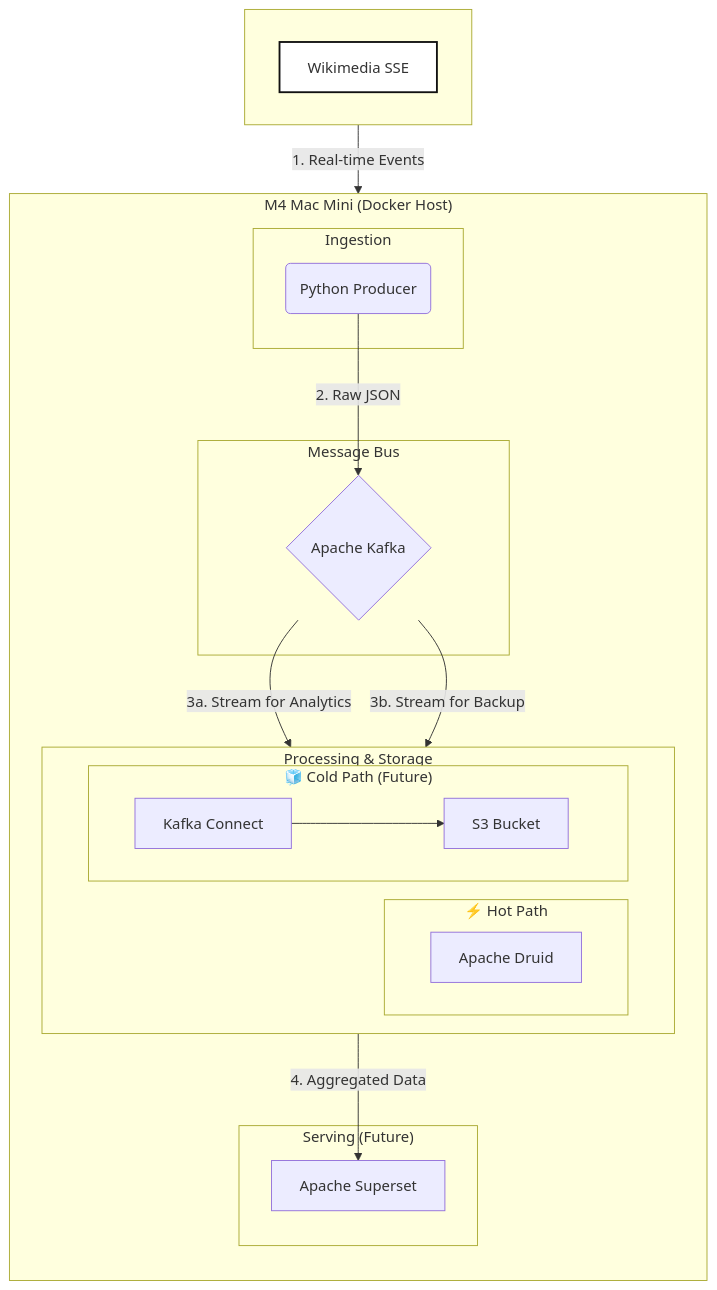
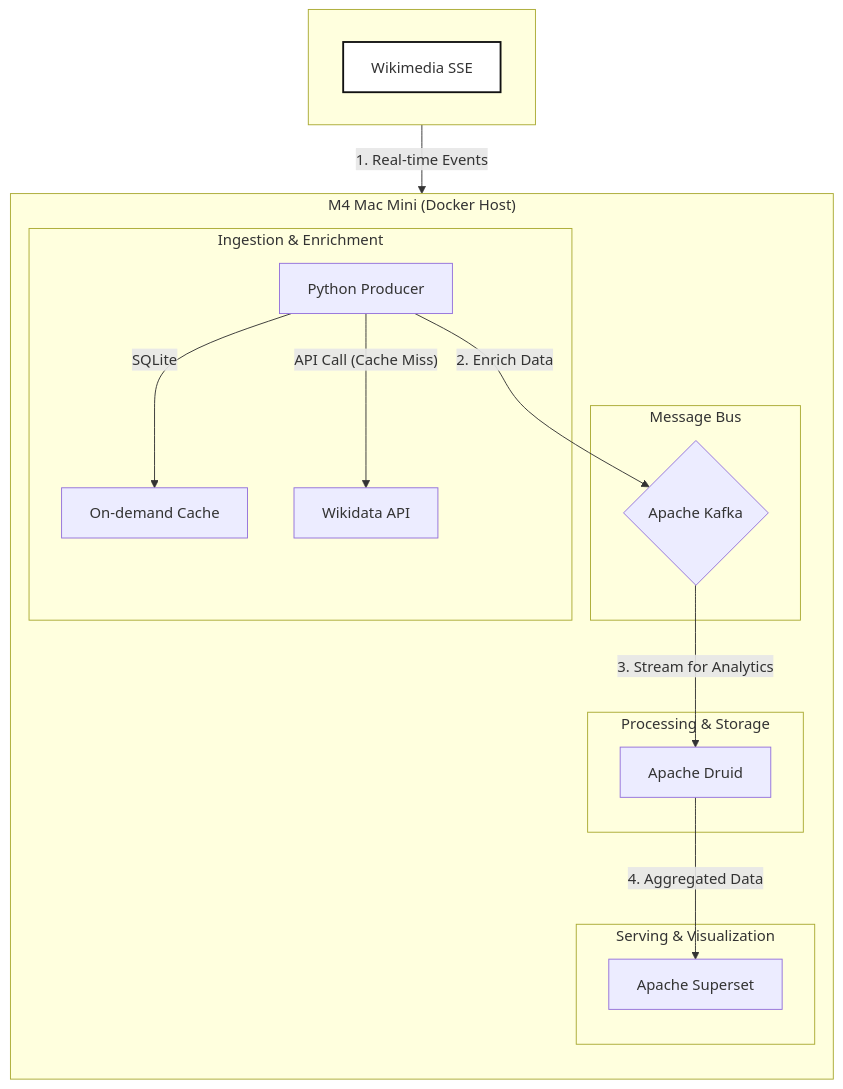
One commit to binnini/wikiStreams changed the diagram in README.md. Above: the diagram before and after it, drawn with Mermaid. The commit also changed other lines of this file, not shown here.

````diff
--- a/README.md
+++ b/README.md
@@ -11,45 +13,37 @@
 ```mermaid
 graph TD
     subgraph " "
         direction LR
         A[<fa:fa-globe> Wikimedia SSE]
     end
 
     subgraph "M4 Mac Mini (Docker Host)"
         direction TB
         
-        subgraph "Ingestion"
-            B(<fa:fa-brands fa-python> Python Producer)
+        subgraph "Ingestion & Enrichment"
+            B[<fa:fa-brands fa-python> Python Producer] -- "SQLite" --> C[<fa:fa-database> On-demand Cache]
+            B -- "API Call (Cache Miss)" --> D[<fa:fa-server> Wikidata API]
         end
 
         subgraph "Message Bus"
-            C{<fa:fa-layer-group> Apache Kafka}
+            E{<fa:fa-layer-group> Apache Kafka}
         end
 
         subgraph "Processing & Storage"
-            direction LR
-            
-            subgraph "⚡ Hot Path"
-                D[<fa:fa-bolt> Apache Druid]
-            end
-            
-            subgraph "🧊 Cold Path (Future)"
-                E[<fa:fa-archive> Kafka Connect] --> F[<fa:fa-database> S3 Bucket]
-            end
+            F[<fa:fa-bolt> Apache Druid]
         end
 
-        subgraph "Serving (Future)"
+        subgraph "Serving & Visualization"
             G[<fa:fa-chart-simple> Apache Superset]
         end
     end
 
     %% Data Flow
     A -- "1. Real-time Events" --> B
-    B -- "2. Raw JSON" --> C
-    C -- "3a. Stream for Analytics" --> D
-    C -- "3b. Stream for Backup" --> E
-    D -- "4. Aggregated Data" --> G
+    B -- "2. Enrich Data" --> E
+    E -- "3. Stream for Analytics" --> F
+    F -- "4. Aggregated Data" --> G
 
     %% Styling
     style A fill:#fff,stroke:#111,stroke-width:2px
 ```
````
